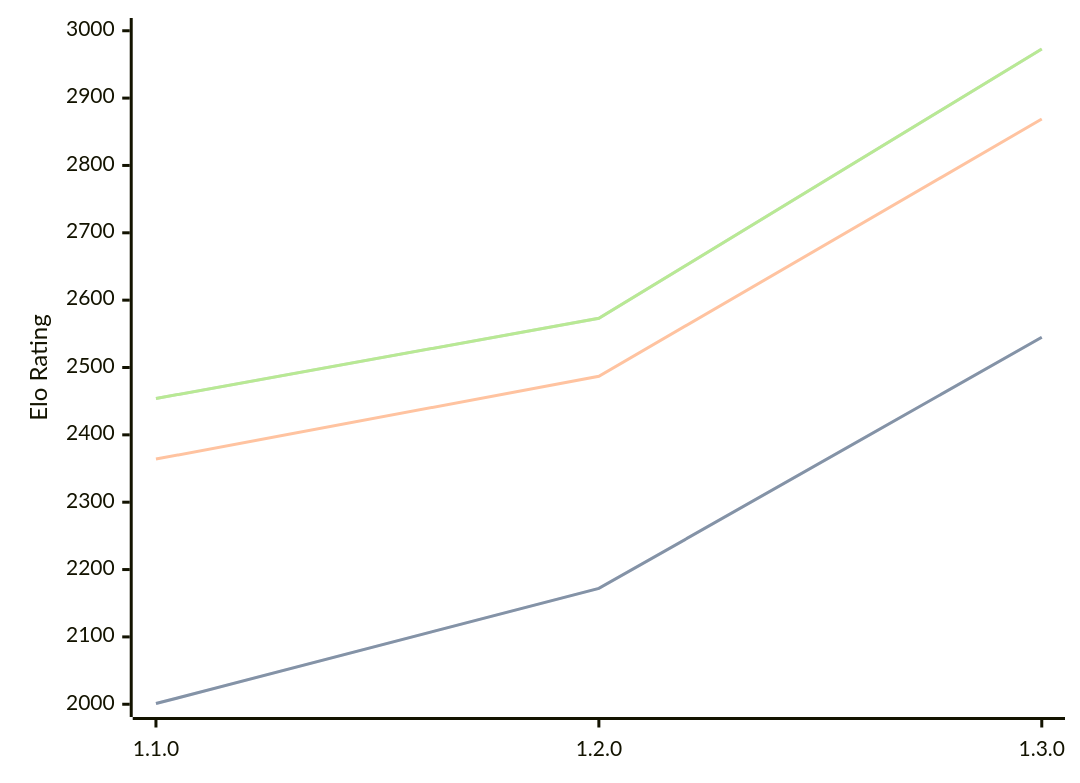
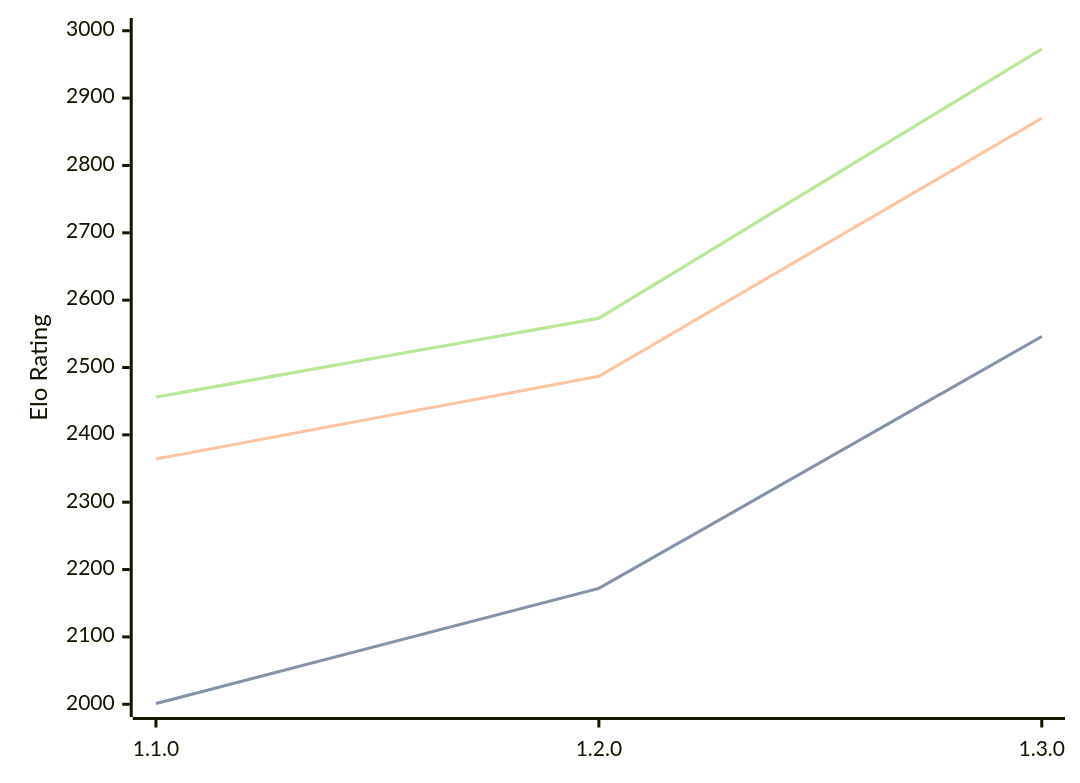
Before and after one commit to computer-chess-index/cci: the diagram in engines/Gyatso.md, drawn with Mermaid. The commit also changed other lines of this file, not shown here.

Commit message:
Update CCI Ratings (ELO VLTC) - 2026-05-15

````diff
--- a/engines/Gyatso.md
+++ b/engines/Gyatso.md
@@ -34,11 +34,11 @@
 ```mermaid
 %%{init: {"theme":"base","themeVariables":{"seriesColors:['#a3a3a3','#222221','#faa371']}}}%%
 xychart-beta
   x-axis ["1.1.0", "1.2.0", "1.3.0"]
   y-axis "Elo Rating" 2000 --> 3000
-  line "STC (8.0+0.08s)" [2001, 2172, 2545]
-  line "STC (8.0+0.08s)" [2001, 2172, 2545]
-  line "LTC (60.0+0.60s)" [2364, 2487, 2869]
-  line "VLTC (2m24s+1.12s)" [2454, 2573, 2973]
-  line "VLTC (2m24s+1.12s)" [2454, 2573, 2973]
+  line "STC (8.0+0.08s)" [2001, 2172, 2546]
+  line "STC (8.0+0.08s)" [2001, 2172, 2546]
+  line "LTC (60.0+0.60s)" [2364, 2487, 2870]
+  line "VLTC (2m24s+1.12s)" [2456, 2573, 2973]
+  line "VLTC (2m24s+1.12s)" [2456, 2573, 2973]
 ```
````
